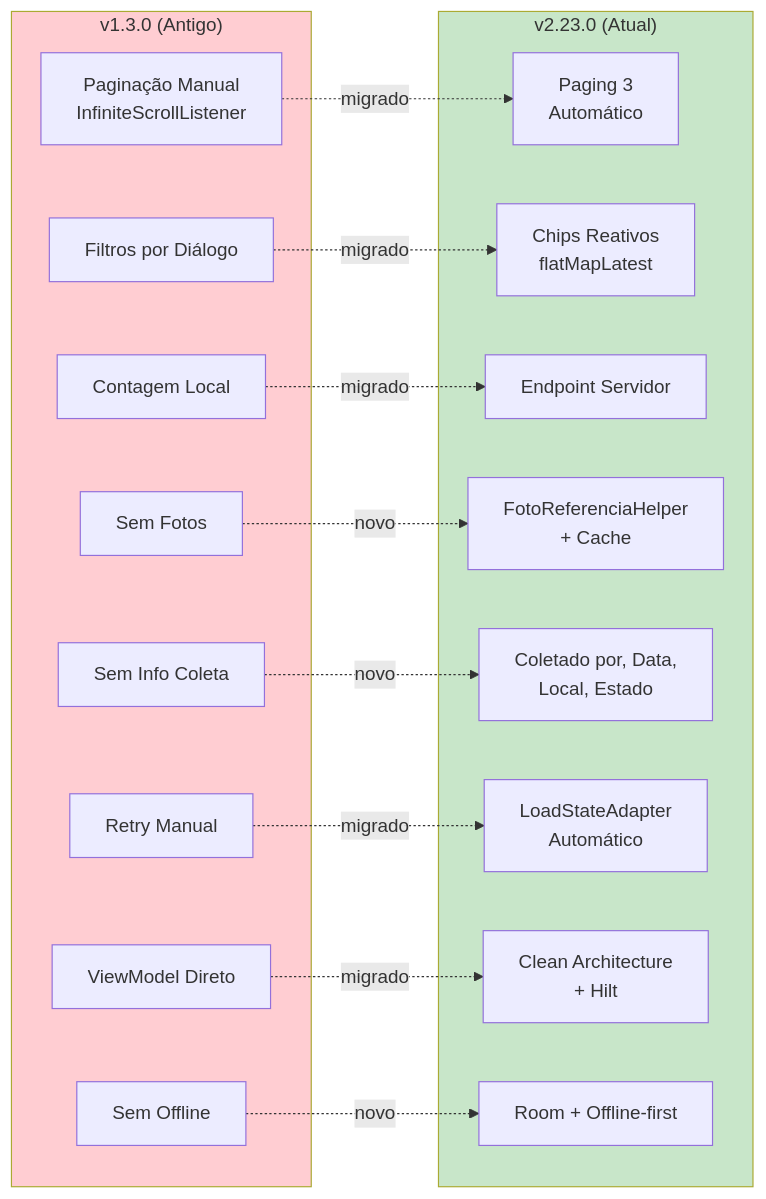
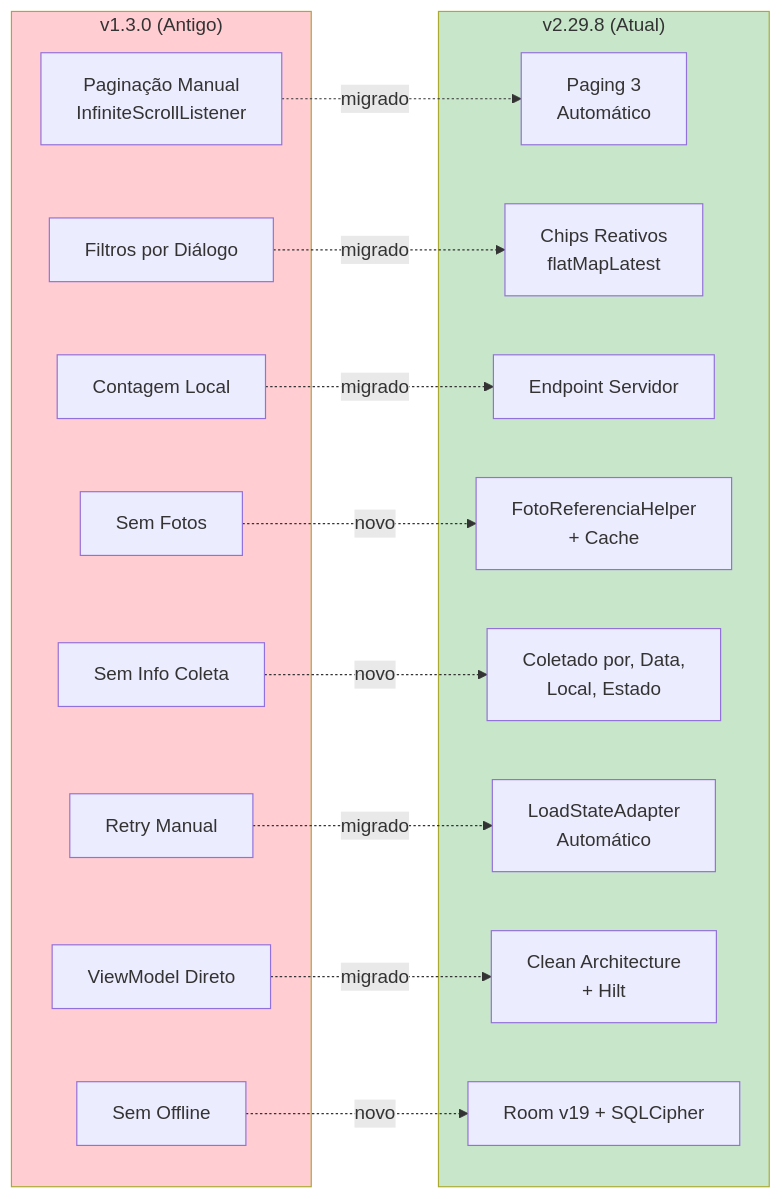
Diagram 15 of 15 in InventarioMobile/DIAGRAMA_FUNCIONALIDADES_V1.3.md (romuloaraujo1988/MASTER_INVENTARIO), drawn with Mermaid before and after one commit. The commit also changed other lines of this file and 189 other files, not shown here.

````diff
--- a/InventarioMobile/DIAGRAMA_FUNCIONALIDADES_V1.3.md
+++ b/InventarioMobile/DIAGRAMA_FUNCIONALIDADES_V1.3.md
@@ -564,36 +566,36 @@
 ```mermaid
 graph LR
     subgraph v1["v1.3.0 (Antigo)"]
         A1["Paginação Manual<br/>InfiniteScrollListener"]
         A2["Filtros por Diálogo"]
         A3["Contagem Local"]
         A4["Sem Fotos"]
         A5["Sem Info Coleta"]
         A6["Retry Manual"]
         A7["ViewModel Direto"]
         A8["Sem Offline"]
     end
     
-    subgraph v2["v2.23.0 (Atual)"]
+    subgraph v2["v2.29.8 (Atual)"]
         B1["Paging 3<br/>Automático"]
         B2["Chips Reativos<br/>flatMapLatest"]
         B3["Endpoint Servidor"]
         B4["FotoReferenciaHelper<br/>+ Cache"]
         B5["Coletado por, Data,<br/>Local, Estado"]
         B6["LoadStateAdapter<br/>Automático"]
         B7["Clean Architecture<br/>+ Hilt"]
-        B8["Room + Offline-first"]
+        B8["Room v19 + SQLCipher"]
     end
     
     A1 -.->|"migrado"| B1
     A2 -.->|"migrado"| B2
     A3 -.->|"migrado"| B3
     A4 -.->|"novo"| B4
     A5 -.->|"novo"| B5
     A6 -.->|"migrado"| B6
     A7 -.->|"migrado"| B7
     A8 -.->|"novo"| B8
 
     style v1 fill:#FFCDD2
     style v2 fill:#C8E6C9
 ```
````
